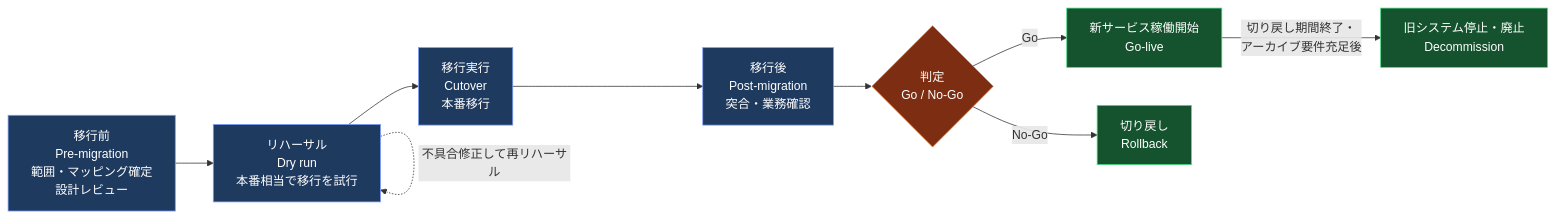
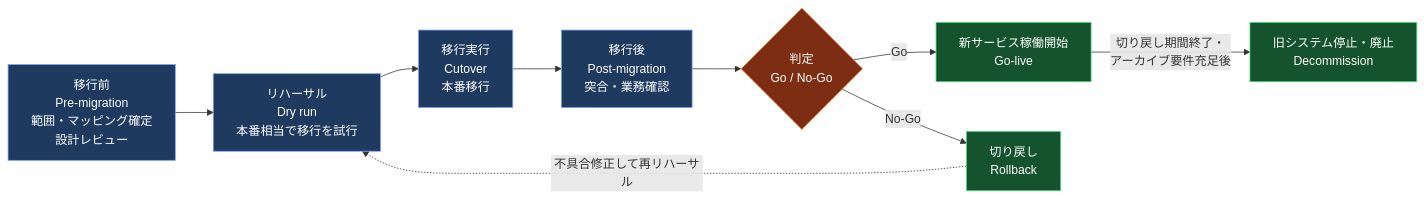
The sixth of 10 diagrams in Iso-29119-14-guide.md (myoshi2891/Quality-Assurance-Studies), drawn with Mermaid before and after one commit. The commit also changed other lines of this file and 1 other file, not shown here.

Commit message:
fix(iso29119-14): clarify mapping reconciliation expected values, AWS DMS validation limitations, and rollback rehearsal flow

````diff
--- a/Iso-29119-14-guide.md
+++ b/Iso-29119-14-guide.md
@@ -308,18 +308,18 @@
 ```mermaid
 flowchart LR
     PH1["移行前<br/>Pre-migration<br/>範囲・マッピング確定<br/>設計レビュー"] --> PH2["リハーサル<br/>Dry run<br/>本番相当で移行を試行"]
     PH2 --> PH3["移行実行<br/>Cutover<br/>本番移行"]
     PH3 --> PH4["移行後<br/>Post-migration<br/>突合・業務確認"]
     PH4 --> PH5{"判定<br/>Go / No-Go"}
     PH5 -->|"Go"| PH6["新サービス稼働開始<br/>Go-live"]
     PH6 -->|"切り戻し期間終了・<br/>アーカイブ要件充足後"| PH8["旧システム停止・廃止<br/>Decommission"]
     PH5 -->|"No-Go"| PH7["切り戻し<br/>Rollback"]
-    PH2 -. "不具合修正して再リハーサル" .-> PH2
+    PH7 -. "不具合修正して再リハーサル" .-> PH2
 
     classDef phase fill:#1f3a5f,stroke:#7c9eff,color:#ffffff
     classDef decide fill:#7c2d12,stroke:#fb923c,color:#ffffff
     classDef endok fill:#14532d,stroke:#4ade80,color:#ffffff
     class PH1,PH2,PH3,PH4 phase
     class PH5 decide
     class PH6,PH7,PH8 endok
 ```
````
